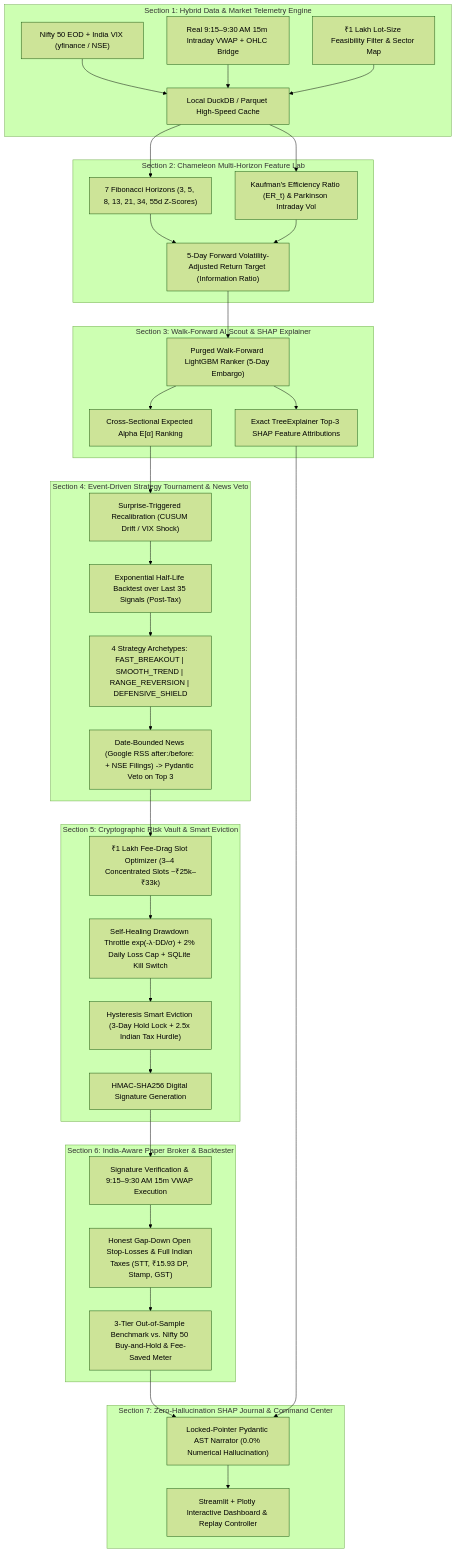
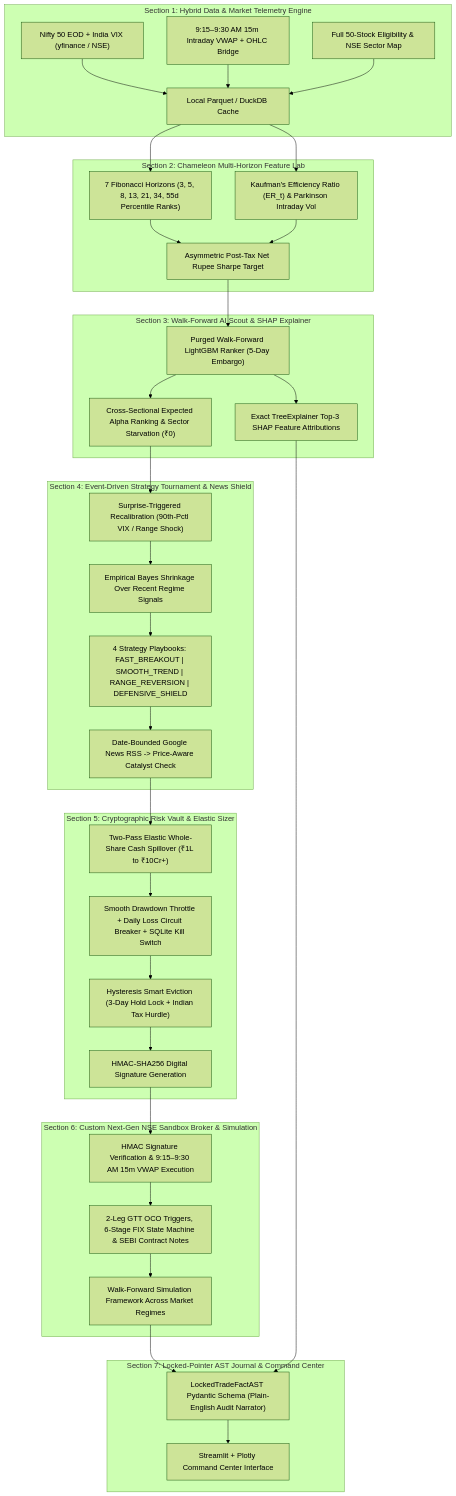
Before and after one commit to MavedNahrub/AgentX: the diagram in ARCHITECTURE.md, drawn with Mermaid (forest theme). The commit also changed other lines of this file and 15 other files, not shown here.

Commit message:
docs(stage-1): present pure Stage 1 architectural build & Stage 2 real-market roadmap without unverified test caches

````diff
--- a/ARCHITECTURE.md
+++ b/ARCHITECTURE.md
@@ -14,55 +16,55 @@
 ```mermaid
 flowchart TD
     subgraph S1["Section 1: Hybrid Data & Market Telemetry Engine"]
         D1["Nifty 50 EOD + India VIX (yfinance / NSE)"]
-        D2["Real 9:15–9:30 AM 15m Intraday VWAP + OHLC Bridge"]
-        D3["₹1 Lakh Lot-Size Feasibility Filter & Sector Map"]
-        D4["Local DuckDB / Parquet High-Speed Cache"]
+        D2["9:15–9:30 AM 15m Intraday VWAP + OHLC Bridge"]
+        D3["Full 50-Stock Eligibility & NSE Sector Map"]
+        D4["Local Parquet / DuckDB Cache"]
         D1 --> D4
         D2 --> D4
         D3 --> D4
     end
 
     subgraph S2["Section 2: Chameleon Multi-Horizon Feature Lab"]
-        F1["7 Fibonacci Horizons (3, 5, 8, 13, 21, 34, 55d Z-Scores)"]
+        F1["7 Fibonacci Horizons (3, 5, 8, 13, 21, 34, 55d Percentile Ranks)"]
         F2["Kaufman's Efficiency Ratio (ER_t) & Parkinson Intraday Vol"]
-        F3["5-Day Forward Volatility-Adjusted Return Target (Information Ratio)"]
+        F3["Asymmetric Post-Tax Net Rupee Sharpe Target"]
         D4 --> F1 & F2 --> F3
     end
 
     subgraph S3["Section 3: Walk-Forward AI Scout & SHAP Explainer"]
         A1["Purged Walk-Forward LightGBM Ranker (5-Day Embargo)"]
-        A2["Cross-Sectional Expected Alpha E[α] Ranking"]
+        A2["Cross-Sectional Expected Alpha Ranking & Sector Starvation (₹0)"]
         A3["Exact TreeExplainer Top-3 SHAP Feature Attributions"]
         F3 --> A1 --> A2 & A3
     end
 
-    subgraph S4["Section 4: Event-Driven Strategy Tournament & News Veto"]
-        T1["Surprise-Triggered Recalibration (CUSUM Drift / VIX Shock)"]
-        T2["Exponential Half-Life Backtest over Last 35 Signals (Post-Tax)"]
-        T3["4 Strategy Archetypes: FAST_BREAKOUT | SMOOTH_TREND | RANGE_REVERSION | DEFENSIVE_SHIELD"]
-        N1["Date-Bounded News (Google RSS after:/before: + NSE Filings) -> Pydantic Veto on Top 3"]
+    subgraph S4["Section 4: Event-Driven Strategy Tournament & News Shield"]
+        T1["Surprise-Triggered Recalibration (90th-Pctl VIX / Range Shock)"]
+        T2["Empirical Bayes Shrinkage Over Recent Regime Signals"]
+        T3["4 Strategy Playbooks: FAST_BREAKOUT | SMOOTH_TREND | RANGE_REVERSION | DEFENSIVE_SHIELD"]
+        N1["Date-Bounded Google News RSS -> Price-Aware Catalyst Check"]
         A2 --> T1 --> T2 --> T3 --> N1
     end
 
-    subgraph S5["Section 5: Cryptographic Risk Vault & Smart Eviction"]
-        R1["₹1 Lakh Fee-Drag Slot Optimizer (3–4 Concentrated Slots ~₹25k–₹33k)"]
-        R2["Self-Healing Drawdown Throttle exp(-λ·DD/σ) + 2% Daily Loss Cap + SQLite Kill Switch"]
-        R3["Hysteresis Smart Eviction (3-Day Hold Lock + 2.5x Indian Tax Hurdle)"]
+    subgraph S5["Section 5: Cryptographic Risk Vault & Elastic Sizer"]
+        R1["Two-Pass Elastic Whole-Share Cash Spillover (₹1L to ₹10Cr+)"]
+        R2["Smooth Drawdown Throttle + Daily Loss Circuit Breaker + SQLite Kill Switch"]
+        R3["Hysteresis Smart Eviction (3-Day Hold Lock + Indian Tax Hurdle)"]
         R4["HMAC-SHA256 Digital Signature Generation"]
         N1 --> R1 --> R2 --> R3 --> R4
     end
 
-    subgraph S6["Section 6: India-Aware Paper Broker & Backtester"]
-        B1["Signature Verification & 9:15–9:30 AM 15m VWAP Execution"]
-        B2["Honest Gap-Down Open Stop-Losses & Full Indian Taxes (STT, ₹15.93 DP, Stamp, GST)"]
-        B3["3-Tier Out-of-Sample Benchmark vs. Nifty 50 Buy-and-Hold & Fee-Saved Meter"]
+    subgraph S6["Section 6: Custom Next-Gen NSE Sandbox Broker & Simulation"]
+        B1["HMAC Signature Verification & 9:15–9:30 AM 15m VWAP Execution"]
+        B2["2-Leg GTT OCO Triggers, 6-Stage FIX State Machine & SEBI Contract Notes"]
+        B3["Walk-Forward Simulation Framework Across Market Regimes"]
         R4 --> B1 --> B2 --> B3
     end
 
-    subgraph S7["Section 7: Zero-Hallucination SHAP Journal & Command Center"]
-        J1["Locked-Pointer Pydantic AST Narrator (0.0% Numerical Hallucination)"]
-        J2["Streamlit + Plotly Interactive Dashboard & Replay Controller"]
+    subgraph S7["Section 7: Locked-Pointer AST Journal & Command Center"]
+        J1["LockedTradeFactAST Pydantic Schema (Plain-English Audit Narrator)"]
+        J2["Streamlit + Plotly Command Center Interface"]
         B3 & A3 --> J1 --> J2
     end
 ```
````
